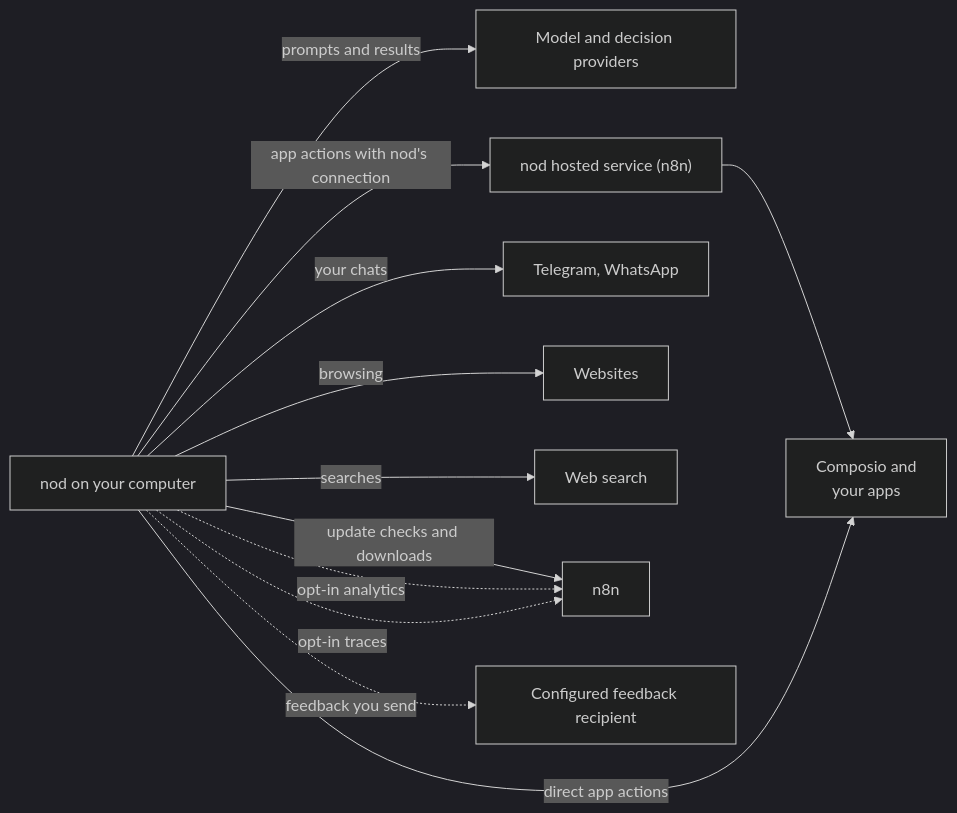
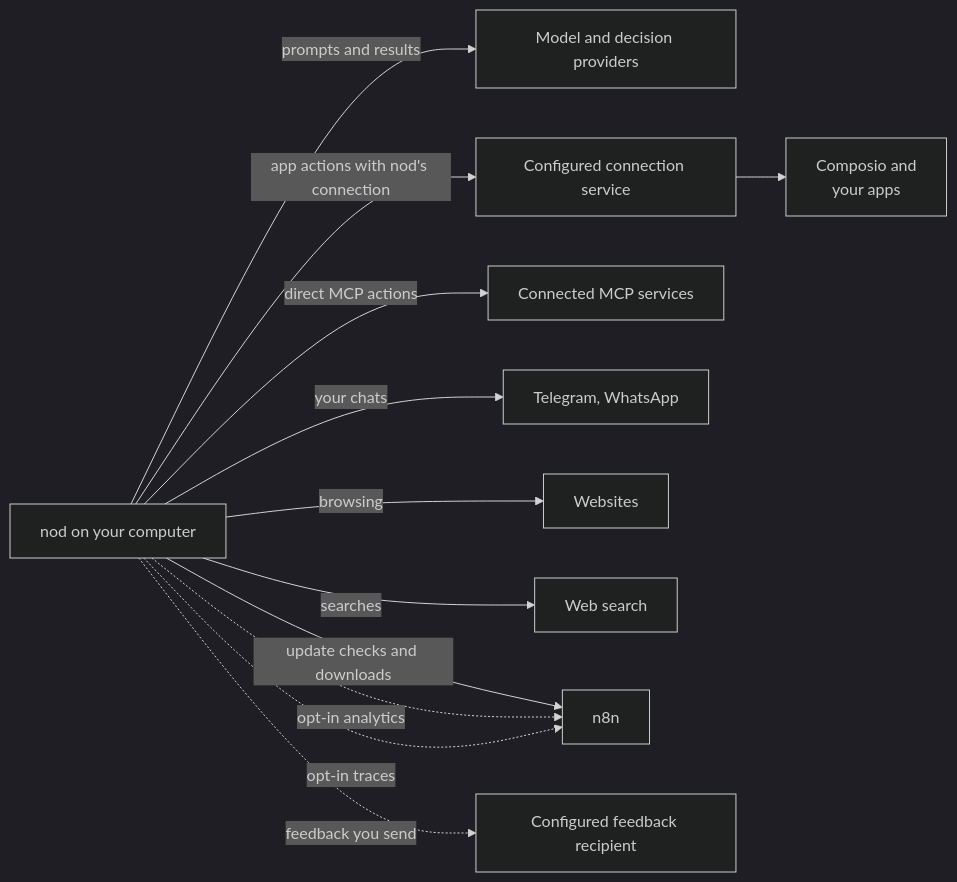
Before and after one commit to KrishBhimani/nod: the diagram in docs/src/content/docs/trust/privacy.md, drawn with Mermaid (dark theme). The commit also changed other lines of this file and 68 other files, not shown here.

````diff
--- a/docs/src/content/docs/trust/privacy.md
+++ b/docs/src/content/docs/trust/privacy.md
@@ -29,15 +29,15 @@
 ```mermaid
 flowchart LR
   nod[nod on your computer]:::accent
   nod -- prompts and results --> model[Model and decision providers]
-  nod -- app actions with nod's connection --> managed["nod hosted service (n8n)"]
+  nod -- app actions with nod's connection --> managed["Configured connection service"]
   managed --> apps[Composio and<br/>your apps]
-  nod -- direct app actions --> apps
+  nod -- direct MCP actions --> mcp[Connected MCP services]
   nod -- your chats --> chat[Telegram, WhatsApp]
   nod -- browsing --> web[Websites]
   nod -- searches --> search[Web search]
   nod -- update checks and downloads --> n8n[n8n]:::muted
   nod -. opt-in analytics .-> n8n[n8n]:::muted
   nod -. opt-in traces .-> n8n[n8n]:::muted
   nod -. feedback you send .-> feedback[Configured feedback recipient]:::muted
 ```
````
